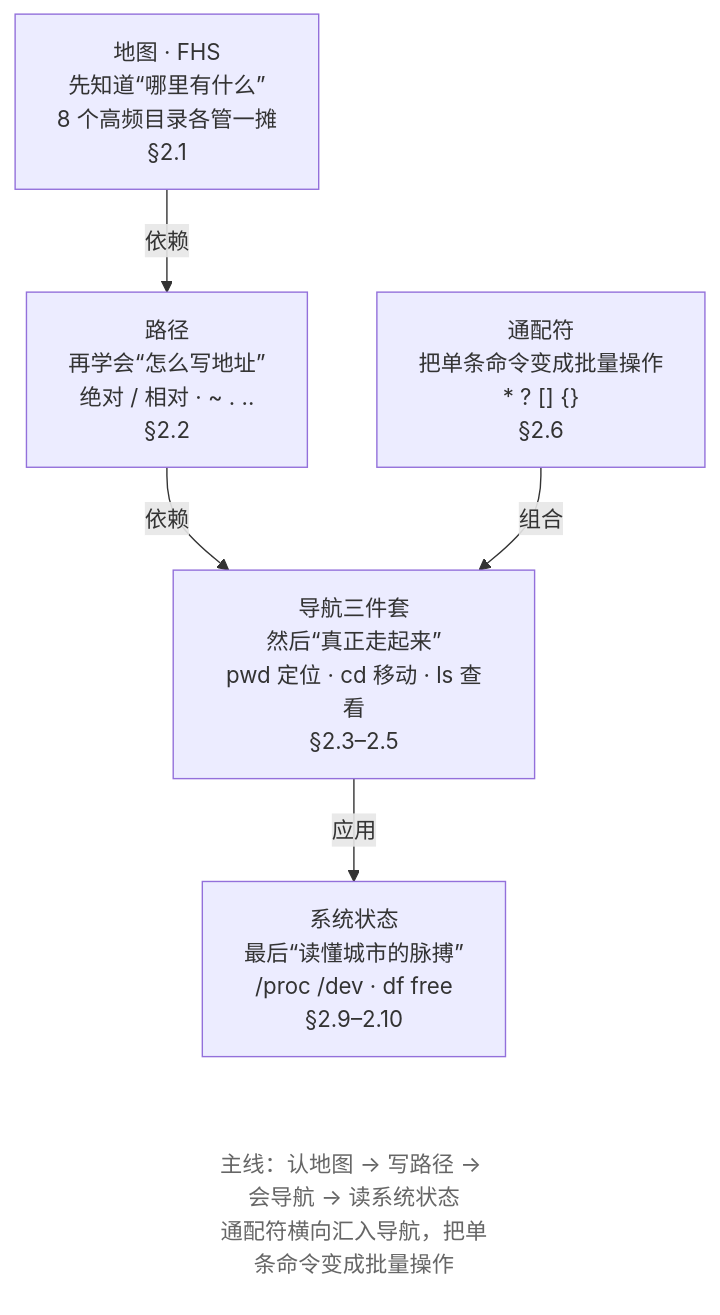
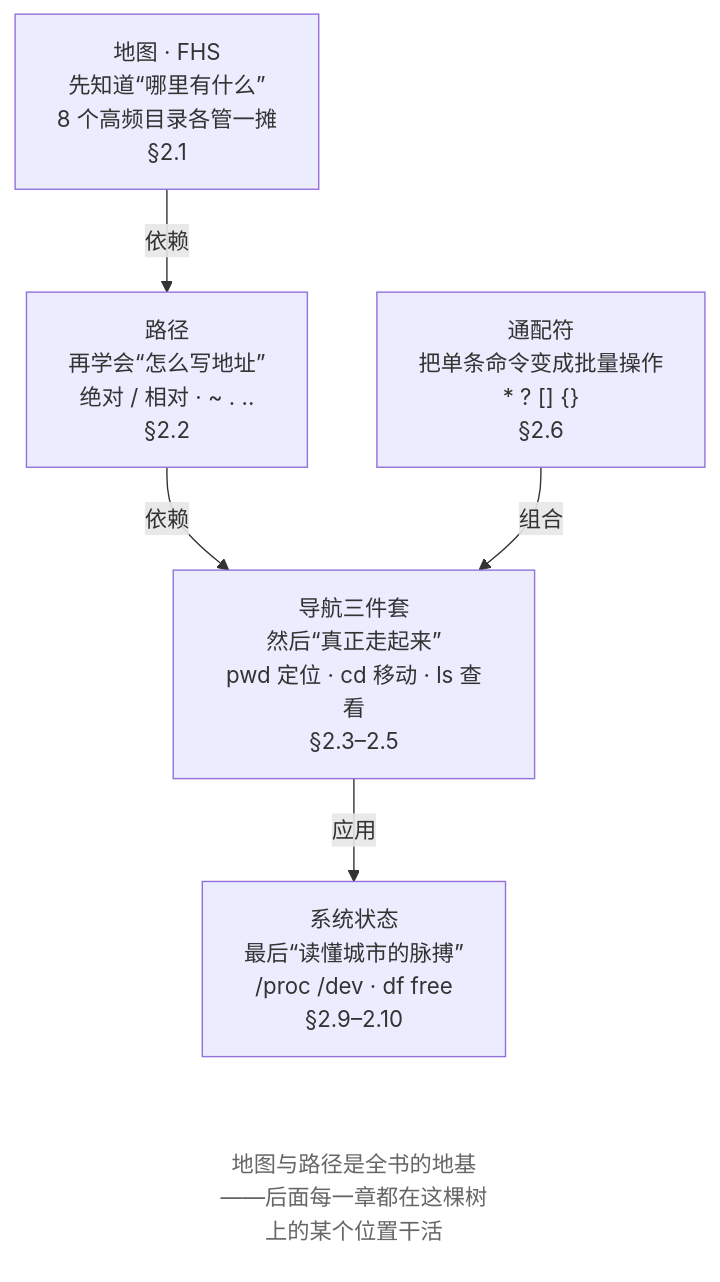
The first of 2 diagrams in src/linux-command/ch02.md (wangxiangnan/wangxiangnan.github.io), drawn with Mermaid before and after one commit. The commit also changed other lines of this file and 25 other files, not shown here.

````diff
--- a/src/linux-command/ch02.md
+++ b/src/linux-command/ch02.md
@@ -14,18 +14,18 @@
 ```mermaid
 flowchart TB
     A["地图 · FHS<br>先知道“哪里有什么”<br>8 个高频目录各管一摊<br>§2.1"]
     B["路径<br>再学会“怎么写地址”<br>绝对 / 相对 · ~ . ..<br>§2.2"]
     C["导航三件套<br>然后“真正走起来”<br>pwd 定位 · cd 移动 · ls 查看<br>§2.3–2.5"]
     W["通配符<br>把单条命令变成批量操作<br>* ? [] {}<br>§2.6"]
     D["系统状态<br>最后“读懂城市的脉搏”<br>/proc /dev · df free<br>§2.9–2.10"]
-    F["主线：认地图 → 写路径 → 会导航 → 读系统状态<br>通配符横向汇入导航，把单条命令变成批量操作"]
+    F["地图与路径是全书的地基——后面每一章都在这棵树上的某个位置干活"]
 
     A -->|依赖| B
     B -->|依赖| C
     C -->|应用| D
     W -->|组合| C
     D ~~~ F
 
     classDef note fill:none,stroke:none,color:#666
     class F note
 ```
````
